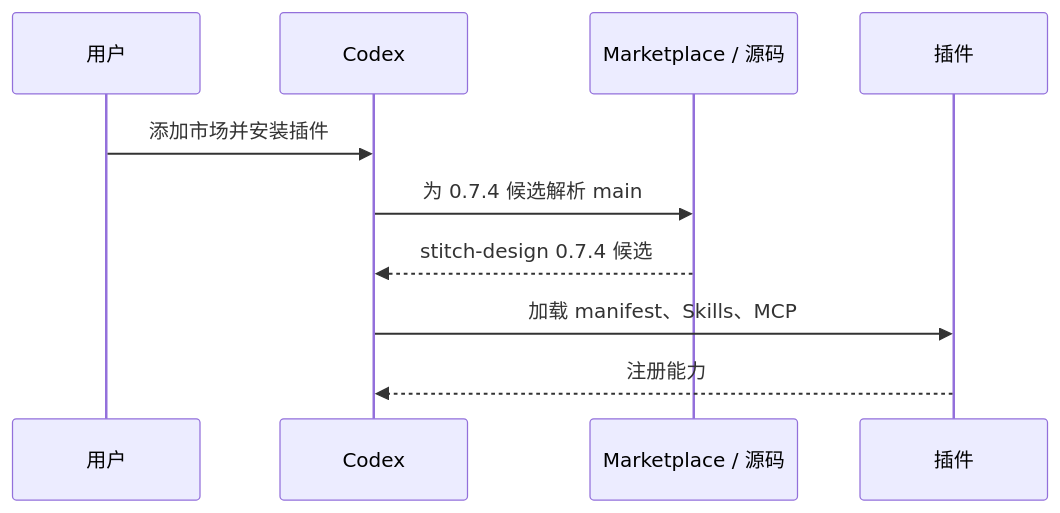
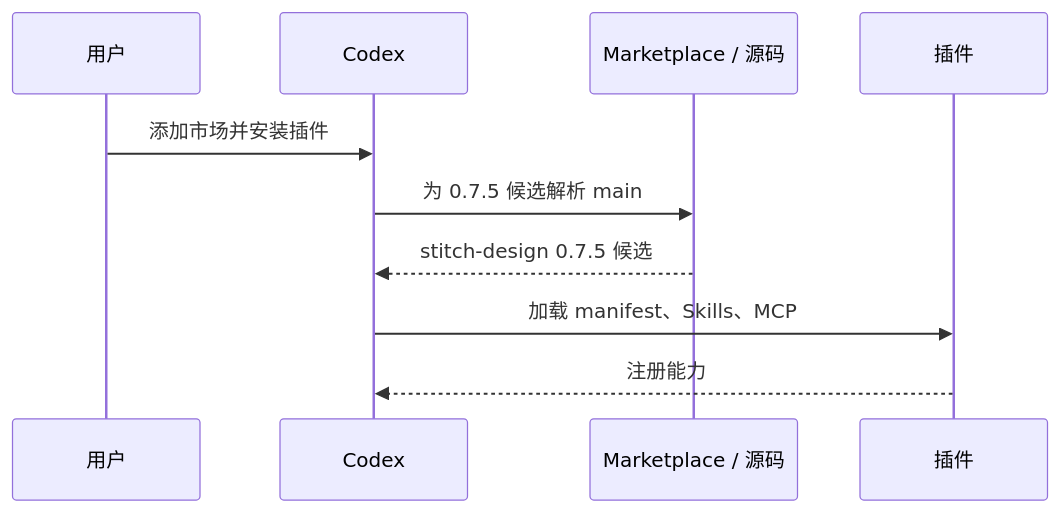
The seventh of 11 diagrams in docs/Stitch-Design-Architecture.zh_CN.md (full-stack-plugins/stitch-design-plugin), drawn with Mermaid before and after one commit. The commit also changed other lines of this file and 23 other files, not shown here.

````diff
--- a/docs/Stitch-Design-Architecture.zh_CN.md
+++ b/docs/Stitch-Design-Architecture.zh_CN.md
@@ -173,12 +173,12 @@
 ```mermaid
 sequenceDiagram
     participant U as 用户
     participant C as Codex
     participant M as Marketplace / 源码
     participant P as 插件
     U->>C: 添加市场并安装插件
-    C->>M: 为 0.7.4 候选解析 main
-    M-->>C: stitch-design 0.7.4 候选
+    C->>M: 为 0.7.5 候选解析 main
+    M-->>C: stitch-design 0.7.5 候选
     C->>P: 加载 manifest、Skills、MCP
     P-->>C: 注册能力
 ```
````
